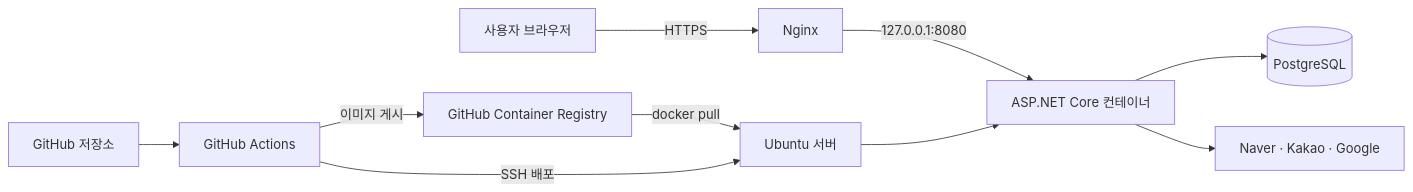
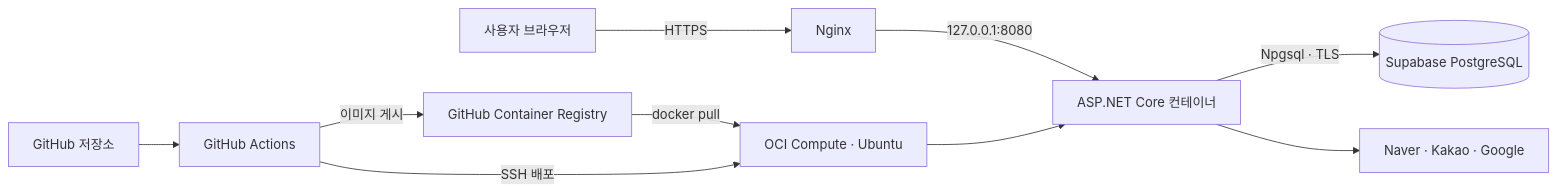
Before and after one commit to mango125/community-c: the first of 3 diagrams in README.md, drawn with Mermaid. The commit also changed other lines of this file, not shown here.

Commit message:
docs: README에 OCI 및 Supabase 구성 추가

````diff
--- a/README.md
+++ b/README.md
@@ -64,13 +66,13 @@
 ```mermaid
 flowchart LR
     Browser[사용자 브라우저] -->|HTTPS| Nginx[Nginx]
     Nginx -->|127.0.0.1:8080| App[ASP.NET Core 컨테이너]
-    App --> Database[(PostgreSQL)]
+    App -->|Npgsql · TLS| Database[(Supabase PostgreSQL)]
     App --> OAuth[Naver · Kakao · Google]
 
     GitHub[GitHub 저장소] --> Actions[GitHub Actions]
     Actions -->|이미지 게시| GHCR[GitHub Container Registry]
-    GHCR -->|docker pull| Server[Ubuntu 서버]
+    GHCR -->|docker pull| Server[OCI Compute · Ubuntu]
     Actions -->|SSH 배포| Server
     Server --> App
 ```
````
